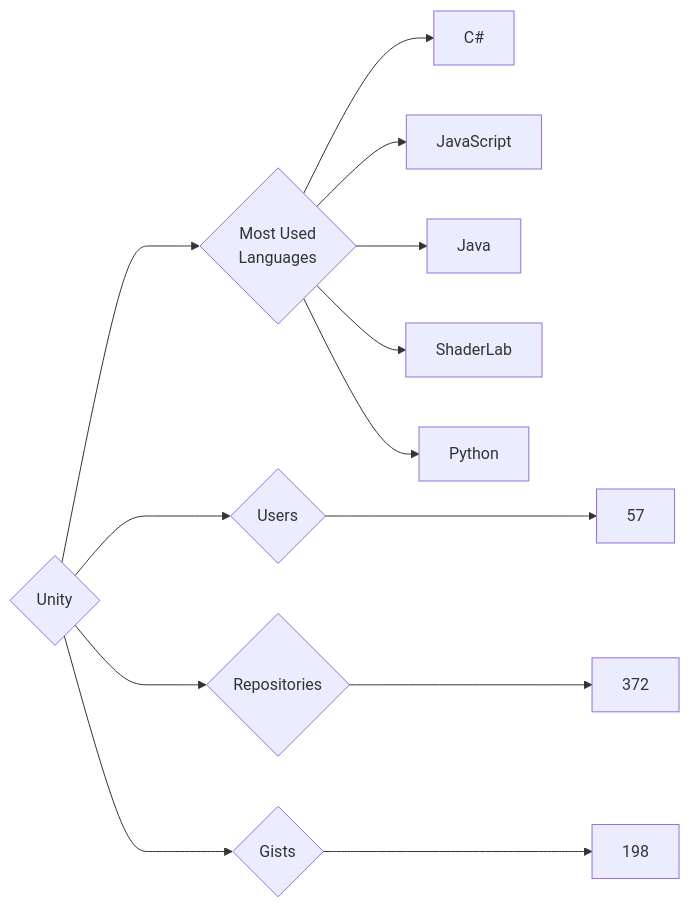
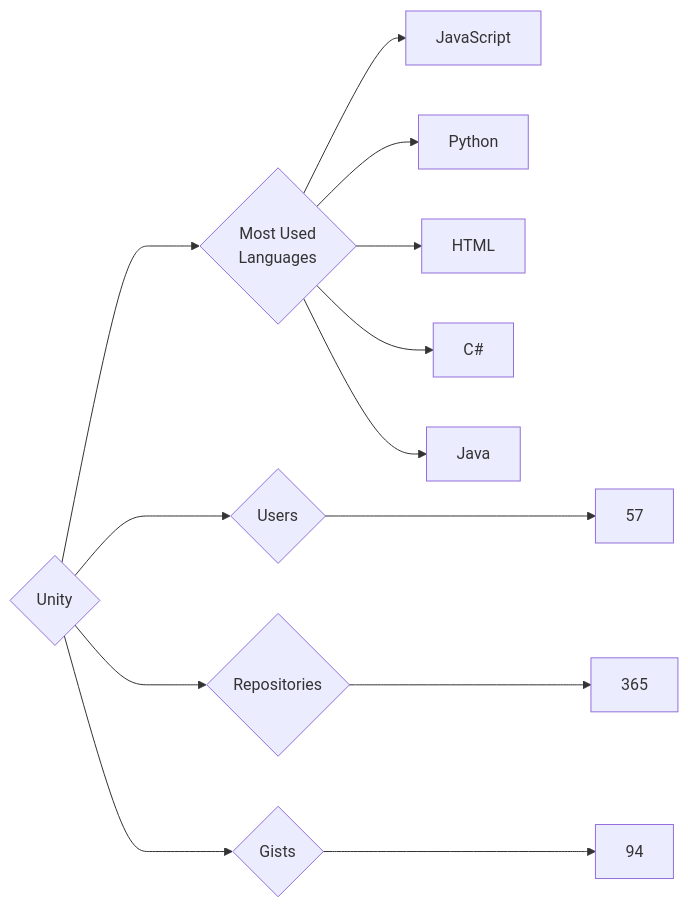
Before and after one commit to trickest/insiders: the diagram in targets/Unity/README.md, drawn with Mermaid. The commit also changed 973 other files, not shown here.

````diff
--- a/targets/Unity/README.md
+++ b/targets/Unity/README.md
@@ -3,13 +3,13 @@
 ```mermaid
 graph LR
 COMPANY_NAME{Unity}
 COMPANY_NAME ---> U{Users} ---> UN[57]
-COMPANY_NAME ---> R{Repositories} ---> RN[372]
-COMPANY_NAME ---> G{Gists} ---> GN[198]
+COMPANY_NAME ---> R{Repositories} ---> RN[365]
+COMPANY_NAME ---> G{Gists} ---> GN[94]
 COMPANY_NAME ---> ML{Most Used<br>Languages}
+ML --> JavaScript[JavaScript]
+ML --> Python[Python]
+ML --> HTML[HTML]
 ML --> C#[C#]
-ML --> JavaScript[JavaScript]
 ML --> Java[Java]
-ML --> ShaderLab[ShaderLab]
-ML --> Python[Python]
 ```
````
